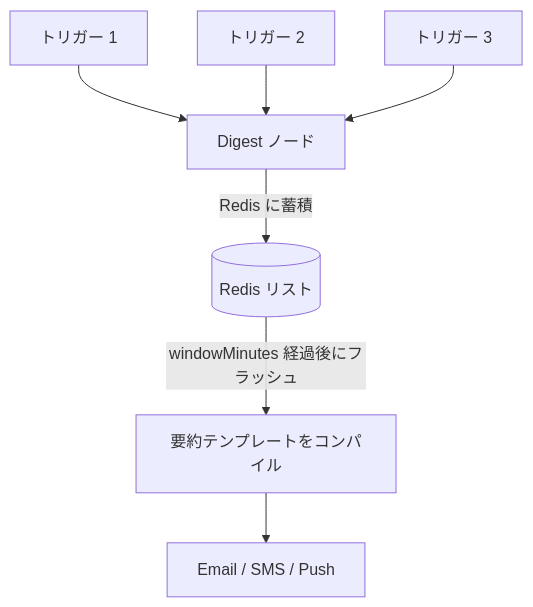
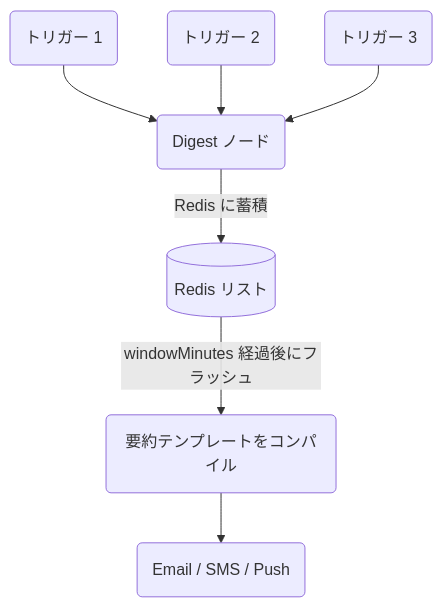
One commit to KriyanshKhunt/nexus_docs changed the first of 2 diagrams in content/docs/ja/platform/features/digest-throttle.mdx. Above: the diagram before and after it, drawn with Mermaid. The commit also changed other lines of this file and 20 other files, not shown here.

Commit message:
Handle ja Mermaid charts

````diff
--- a/content/docs/ja/platform/features/digest-throttle.mdx
+++ b/content/docs/ja/platform/features/digest-throttle.mdx
@@ -14,9 +14,9 @@
 ```mermaid
 flowchart TD
-  T1[トリガー 1] --> D[Digest ノード]
-  T2[トリガー 2] --> D
-  T3[トリガー 3] --> D
+  T1(トリガー 1) --> D(Digest ノード)
+  T2(トリガー 2) --> D
+  T3(トリガー 3) --> D
   D -->|Redis に蓄積| Redis[(Redis リスト)]
-  Redis -->|windowMinutes 経過後にフラッシュ| Compile[要約テンプレートをコンパイル]
-  Compile --> Channel[Email / SMS / Push]
+  Redis -->|windowMinutes 経過後にフラッシュ| Compile(要約テンプレートをコンパイル)
+  Compile --> Channel(Email / SMS / Push)
 ```
````
